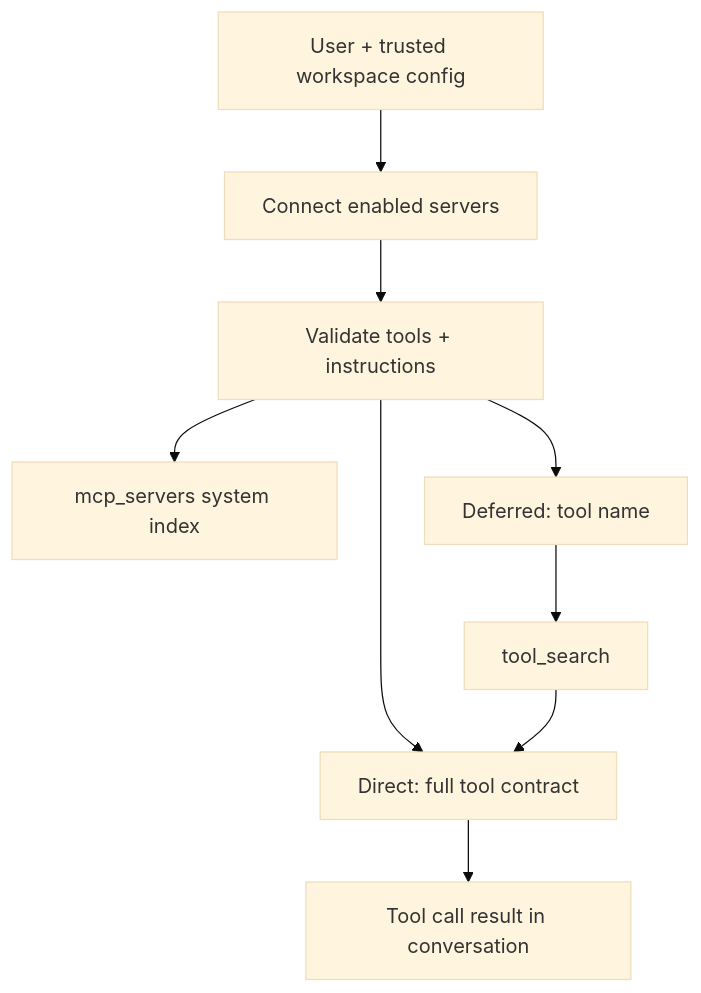
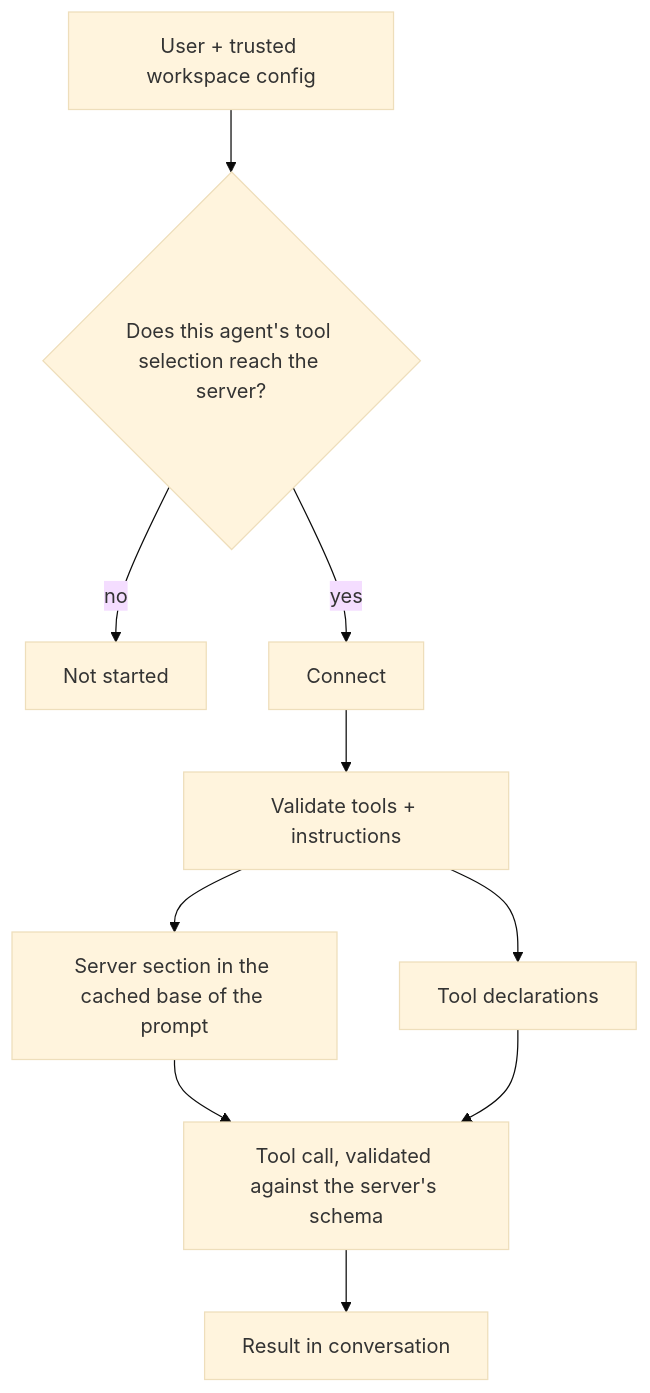
The diagram in packages/coding-agent/docs/mcp.md (bgauryy/octocode-coding-agent), drawn with Mermaid (base theme) before and after one commit. The commit also changed other lines of this file and 300 other files, not shown here.

````diff
--- a/packages/coding-agent/docs/mcp.md
+++ b/packages/coding-agent/docs/mcp.md
@@ -62,10 +63,12 @@
 ```mermaid
 flowchart TB
-    G["User + trusted workspace config"] --> C["Connect enabled servers"]
+    G["User + trusted workspace config"] --> S{"Does this agent's tool selection reach the server?"}
+    S -- no --> N["Not started"]
+    S -- yes --> C["Connect"]
     C --> K["Validate tools + instructions"]
-    K --> I["mcp_servers system index"]
-    K --> D["Direct: full tool contract"]
-    K --> F["Deferred: tool name"]
-    F --> S["tool_search"] --> D
-    D --> R["Tool call result in conversation"]
+    K --> F["Server section in the cached base of the prompt"]
+    K --> D["Tool declarations"]
+    F --> R["Tool call, validated against the server's schema"]
+    D --> R
+    R --> H["Result in conversation"]
 ```
````
